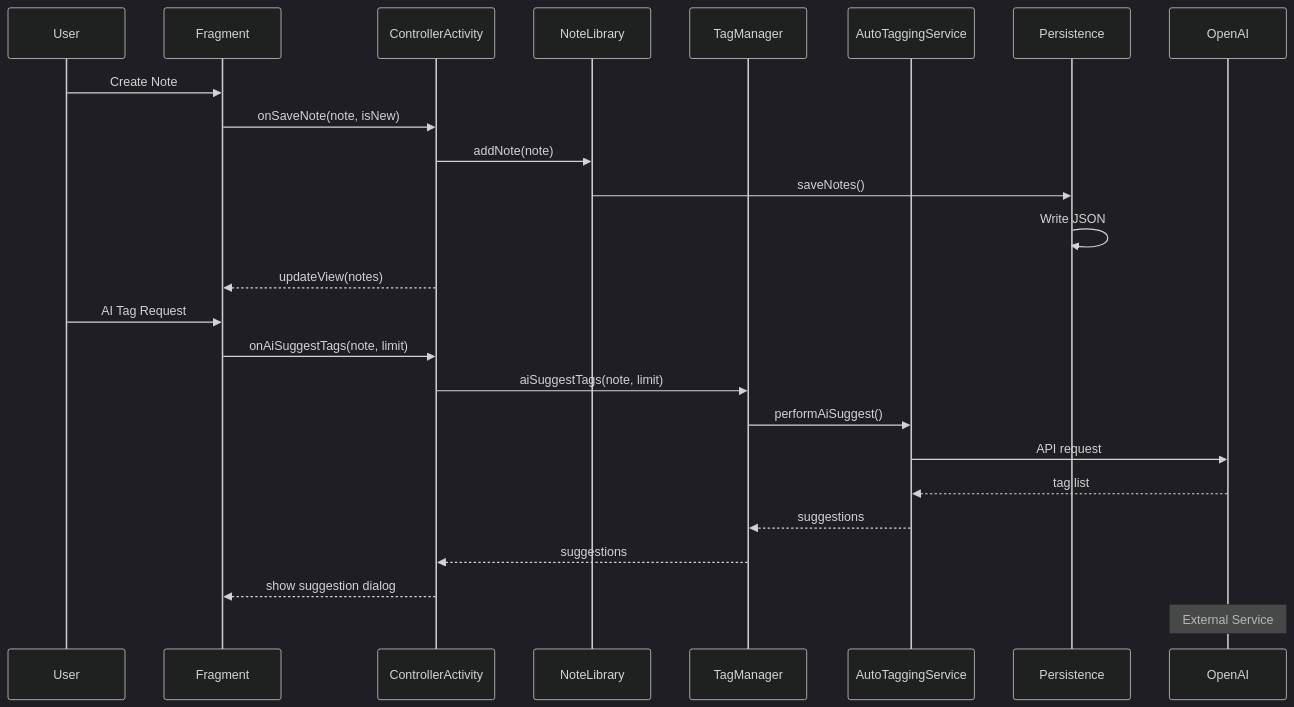
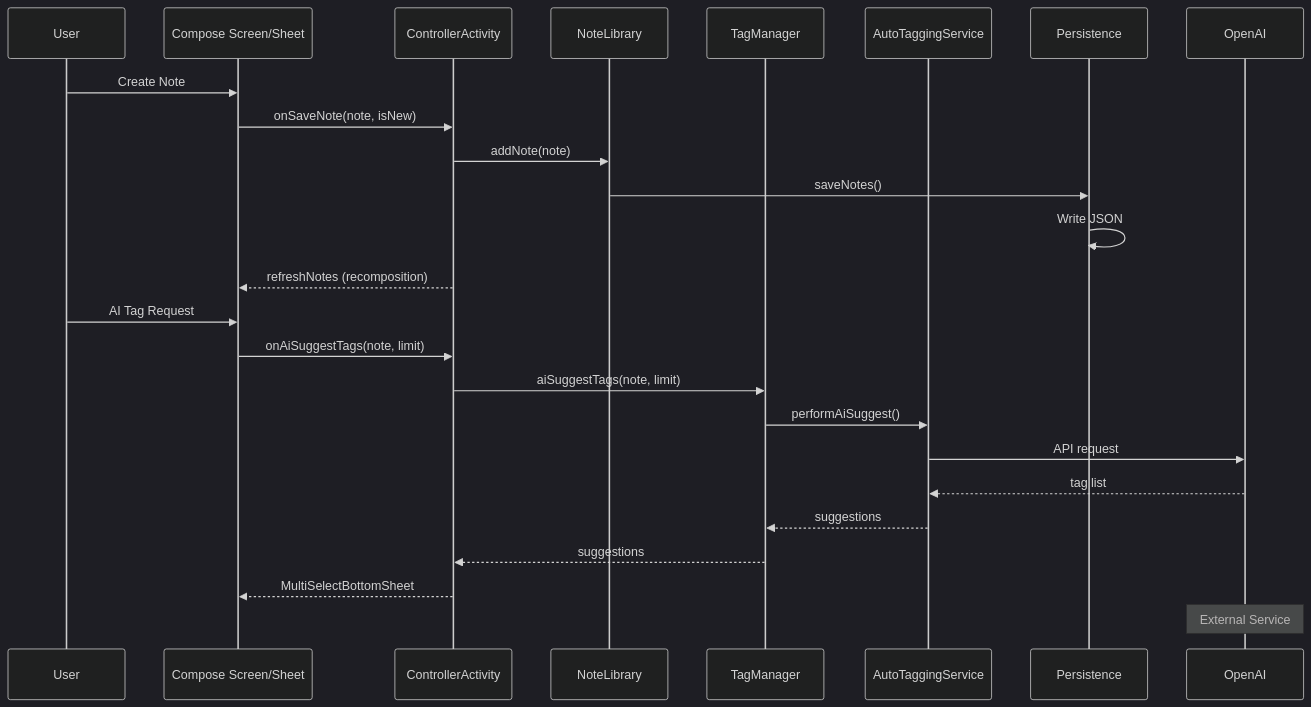
The diagram in docs/architecture/data_flow.md (patricksmill/QuickNotes), drawn with Mermaid (dark theme) before and after one commit. The commit also changed 26 other files, not shown here.

````diff
--- a/docs/architecture/data_flow.md
+++ b/docs/architecture/data_flow.md
@@ -1,30 +1,30 @@
 ```mermaid
 sequenceDiagram
     participant User
-    participant Fragment
+    participant ComposeUI as Compose Screen/Sheet
     participant Controller as ControllerActivity
     participant NoteLibrary
     participant TagManager
     participant AutoTaggingService
     participant Persistence
     participant OpenAI
 
-    User->>Fragment: Create Note
-    Fragment->>Controller: onSaveNote(note, isNew)
+    User->>ComposeUI: Create Note
+    ComposeUI->>Controller: onSaveNote(note, isNew)
     Controller->>NoteLibrary: addNote(note)
     NoteLibrary->>Persistence: saveNotes()
     Persistence->>Persistence: Write JSON
-    Controller-->>Fragment: updateView(notes)
+    Controller-->>ComposeUI: refreshNotes (recomposition)
 
-    User->>Fragment: AI Tag Request
-    Fragment->>Controller: onAiSuggestTags(note, limit)
+    User->>ComposeUI: AI Tag Request
+    ComposeUI->>Controller: onAiSuggestTags(note, limit)
     Controller->>TagManager: aiSuggestTags(note, limit)
     TagManager->>AutoTaggingService: performAiSuggest()
     AutoTaggingService->>OpenAI: API request
     OpenAI-->>AutoTaggingService: tag list
     AutoTaggingService-->>TagManager: suggestions
     TagManager-->>Controller: suggestions
-    Controller-->>Fragment: show suggestion dialog
+    Controller-->>ComposeUI: MultiSelectBottomSheet
 
     Note over OpenAI: External Service
 ```
````
